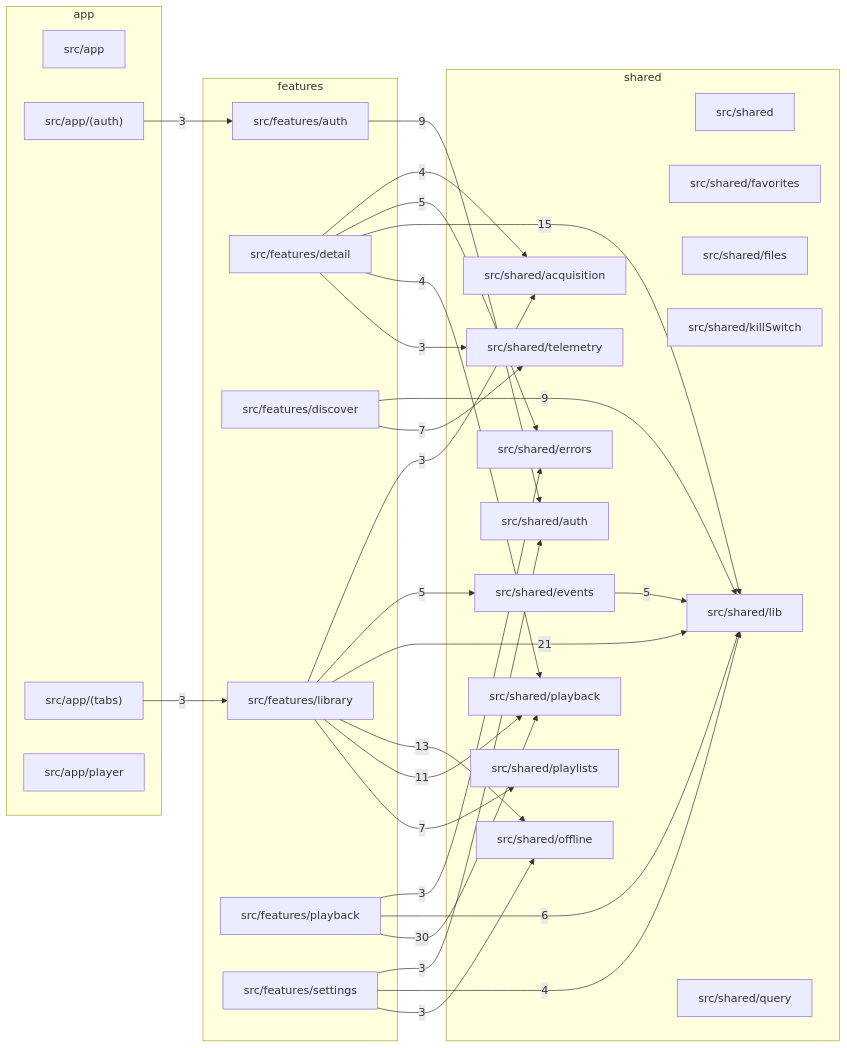
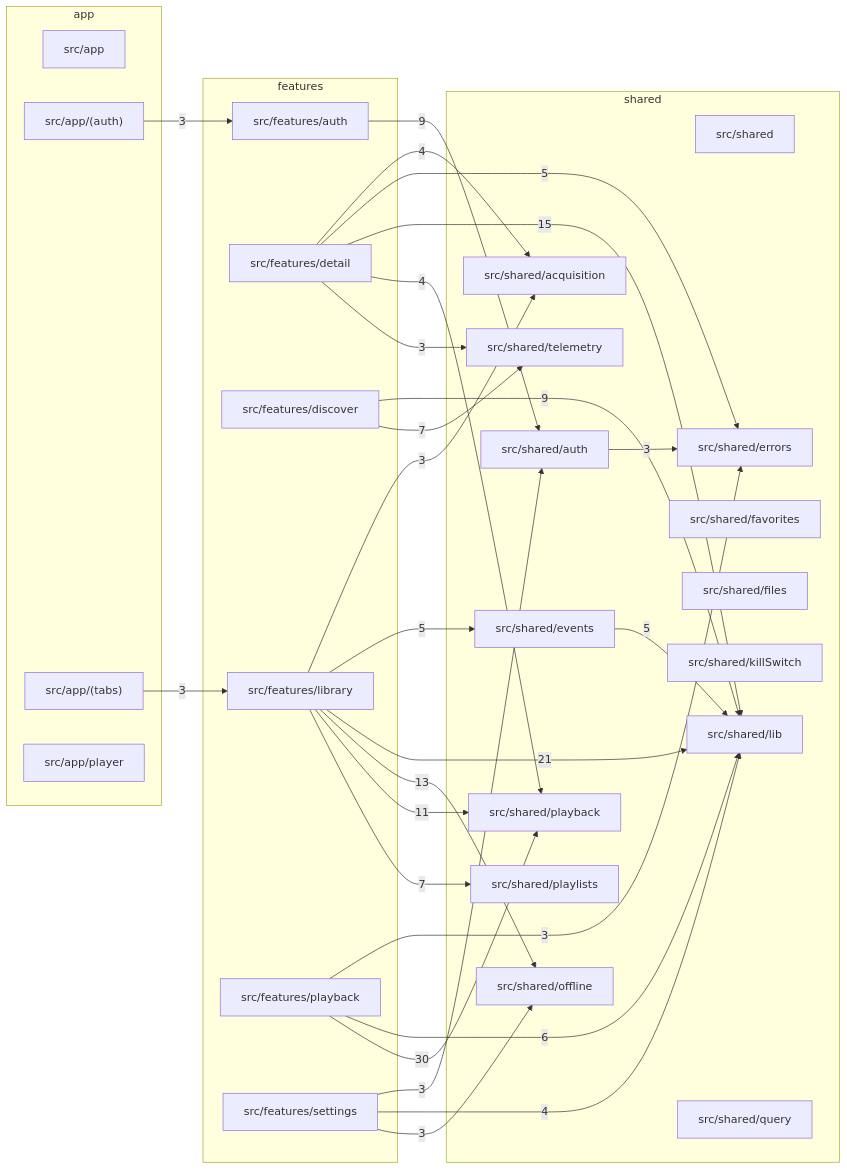
One commit to aleburrascano/altune changed the third of 3 diagrams in docs/architecture.md. Above: the diagram before and after it, drawn with Mermaid. The commit also changed 11 other files, not shown here.

First line of the commit message:
fix(mobile): put a deadline on auth token lookup and sign-out (#2553)

````diff
--- a/docs/architecture.md
+++ b/docs/architecture.md
@@ -68,56 +68,57 @@
 ```mermaid
 flowchart LR
   subgraph app
     apps_mobile_src_app["src/app"]
     apps_mobile_src_app__auth_["src/app/(auth)"]
     apps_mobile_src_app__tabs_["src/app/(tabs)"]
     apps_mobile_src_app_player["src/app/player"]
   end
   subgraph features
     apps_mobile_src_features_auth["src/features/auth"]
     apps_mobile_src_features_detail["src/features/detail"]
     apps_mobile_src_features_discover["src/features/discover"]
     apps_mobile_src_features_library["src/features/library"]
     apps_mobile_src_features_playback["src/features/playback"]
     apps_mobile_src_features_settings["src/features/settings"]
   end
   subgraph shared
     apps_mobile_src_shared["src/shared"]
     apps_mobile_src_shared_acquisition["src/shared/acquisition"]
     apps_mobile_src_shared_auth["src/shared/auth"]
     apps_mobile_src_shared_errors["src/shared/errors"]
     apps_mobile_src_shared_events["src/shared/events"]
     apps_mobile_src_shared_favorites["src/shared/favorites"]
     apps_mobile_src_shared_files["src/shared/files"]
     apps_mobile_src_shared_killSwitch["src/shared/killSwitch"]
     apps_mobile_src_shared_lib["src/shared/lib"]
     apps_mobile_src_shared_offline["src/shared/offline"]
     apps_mobile_src_shared_playback["src/shared/playback"]
     apps_mobile_src_shared_playlists["src/shared/playlists"]
     apps_mobile_src_shared_query["src/shared/query"]
     apps_mobile_src_shared_telemetry["src/shared/telemetry"]
   end
   apps_mobile_src_app__auth_ -->|3| apps_mobile_src_features_auth
   apps_mobile_src_app__tabs_ -->|3| apps_mobile_src_features_library
   apps_mobile_src_features_auth -->|9| apps_mobile_src_shared_auth
   apps_mobile_src_features_detail -->|4| apps_mobile_src_shared_acquisition
   apps_mobile_src_features_detail -->|5| apps_mobile_src_shared_errors
   apps_mobile_src_features_detail -->|15| apps_mobile_src_shared_lib
   apps_mobile_src_features_detail -->|4| apps_mobile_src_shared_playback
   apps_mobile_src_features_detail -->|3| apps_mobile_src_shared_telemetry
   apps_mobile_src_features_discover -->|9| apps_mobile_src_shared_lib
   apps_mobile_src_features_discover -->|7| apps_mobile_src_shared_telemetry
   apps_mobile_src_features_library -->|3| apps_mobile_src_shared_acquisition
   apps_mobile_src_features_library -->|5| apps_mobile_src_shared_events
   apps_mobile_src_features_library -->|21| apps_mobile_src_shared_lib
   apps_mobile_src_features_library -->|13| apps_mobile_src_shared_offline
   apps_mobile_src_features_library -->|11| apps_mobile_src_shared_playback
   apps_mobile_src_features_library -->|7| apps_mobile_src_shared_playlists
   apps_mobile_src_features_playback -->|3| apps_mobile_src_shared_errors
   apps_mobile_src_features_playback -->|6| apps_mobile_src_shared_lib
   apps_mobile_src_features_playback -->|30| apps_mobile_src_shared_playback
   apps_mobile_src_features_settings -->|3| apps_mobile_src_shared_auth
   apps_mobile_src_features_settings -->|4| apps_mobile_src_shared_lib
   apps_mobile_src_features_settings -->|3| apps_mobile_src_shared_offline
+  apps_mobile_src_shared_auth -->|3| apps_mobile_src_shared_errors
   apps_mobile_src_shared_events -->|5| apps_mobile_src_shared_lib
 ```
````
